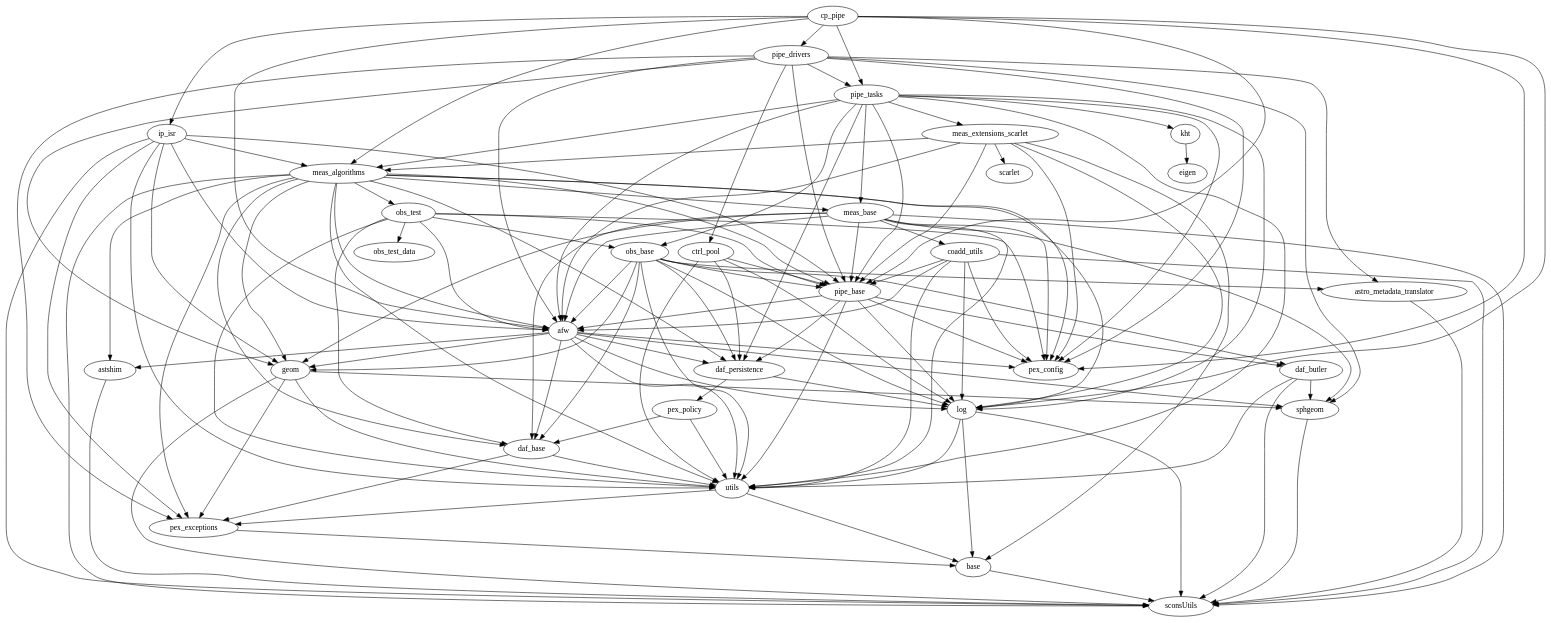
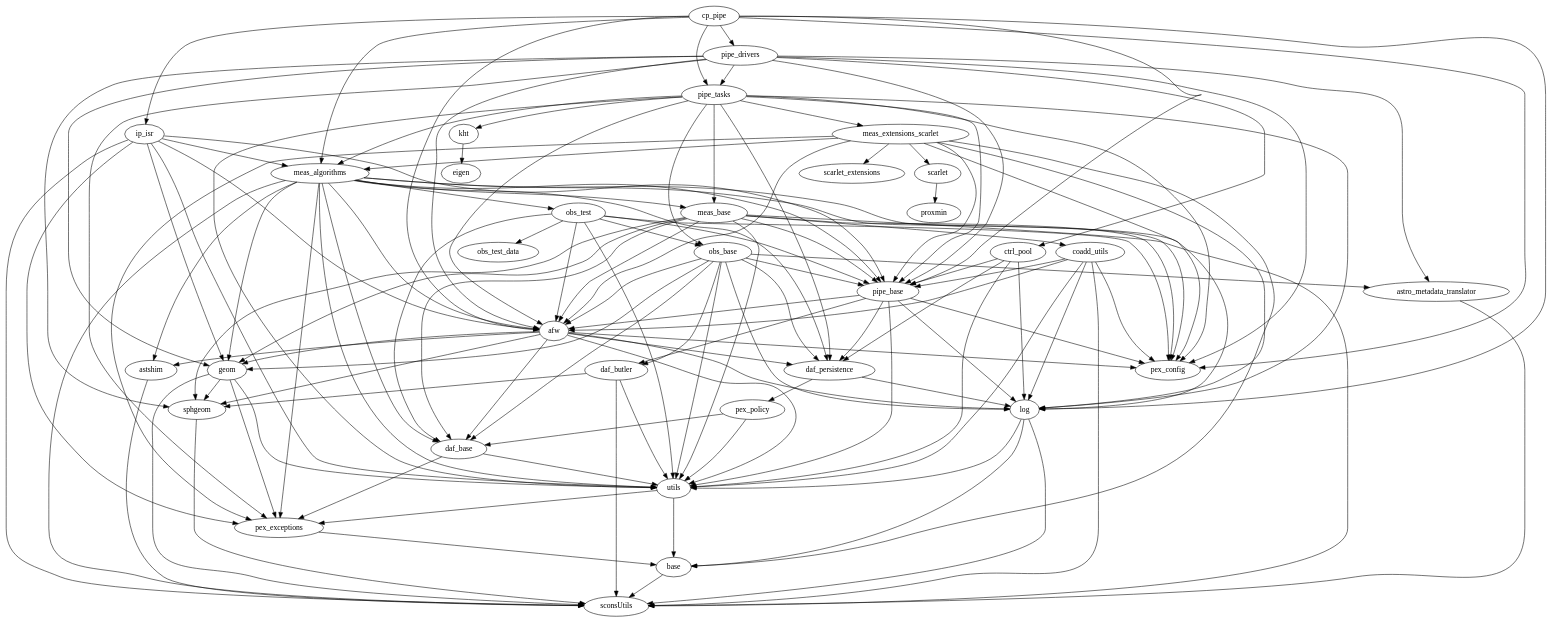
Before and after one commit to lsst-dm/dmtn-104: the diagram in dot/cp_pipe.dot, drawn with Graphviz. The commit also changed 18 other files, not shown here.

```diff
--- a/dot/cp_pipe.dot
+++ b/dot/cp_pipe.dot
@@ -241,8 +241,14 @@
 	log
 	meas_extensions_scarlet -> scarlet
 	scarlet
+	scarlet -> proxmin
+	proxmin
+	meas_extensions_scarlet -> scarlet_extensions
+	scarlet_extensions
 	meas_extensions_scarlet -> pex_config
 	pex_config
+	meas_extensions_scarlet -> pex_exceptions
+	pex_exceptions
 	meas_extensions_scarlet -> pipe_base
 	pipe_base
 	meas_extensions_scarlet -> meas_algorithms
```
